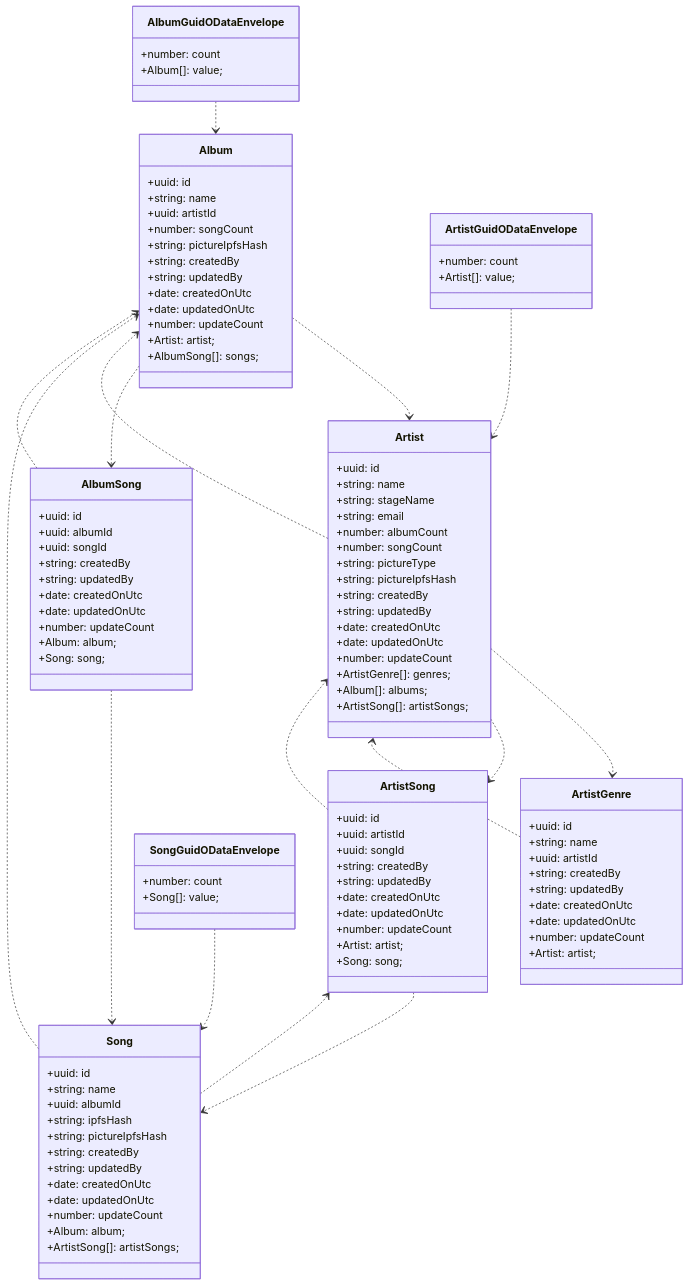
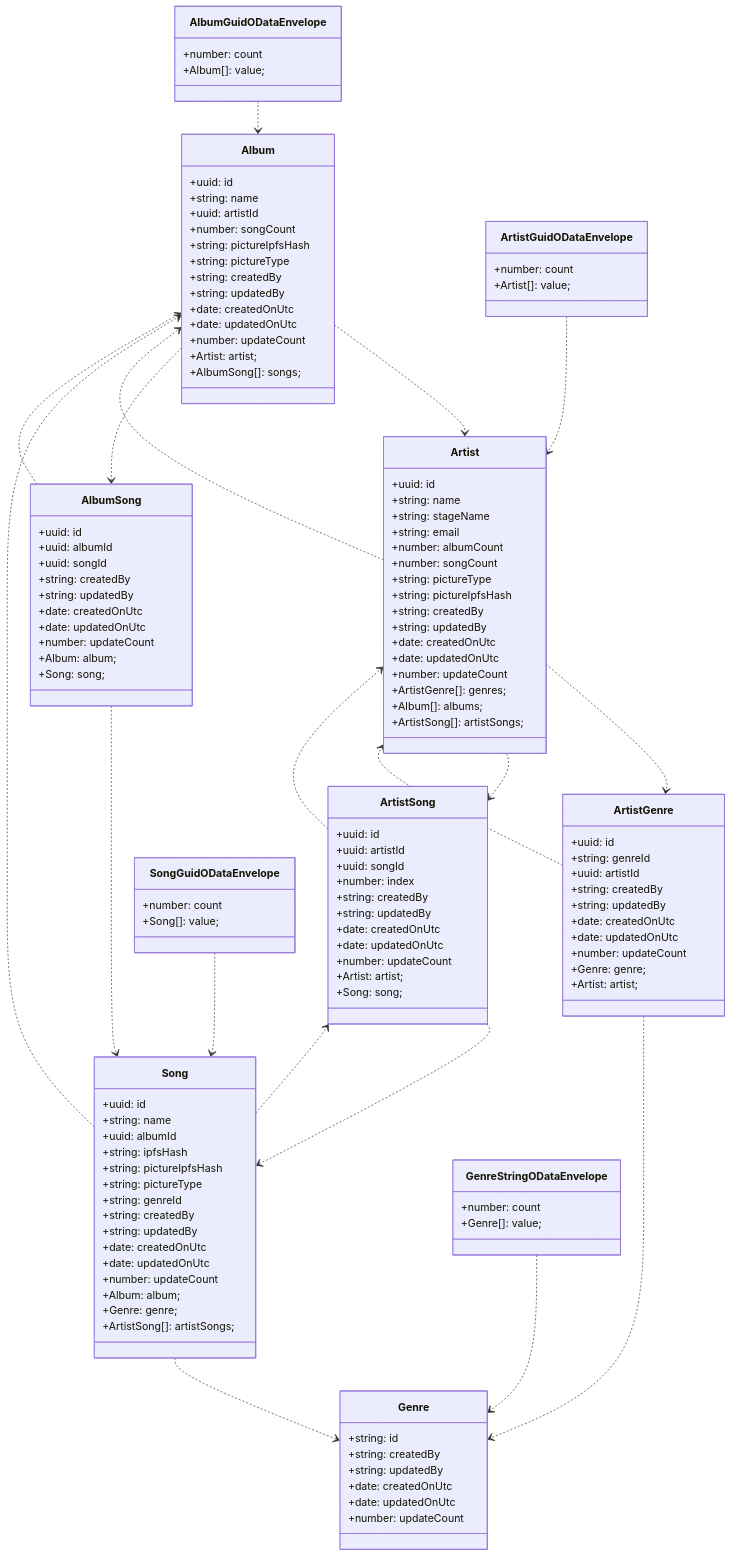
One commit to ikemtz/ITEC5905 changed the diagram in docs/artists-odata/class-diagram.md. Above: the diagram before and after it, drawn with Mermaid. The commit also changed 104 other files, not shown here.

```diff
--- a/docs/artists-odata/class-diagram.md
+++ b/docs/artists-odata/class-diagram.md
@@ -9,11 +9,14 @@
   Artist ..> ArtistGenre
   Artist ..> Album
   Artist ..> ArtistSong
+  ArtistGenre ..> Genre
   ArtistGenre ..> Artist
   ArtistGuidODataEnvelope ..> Artist
   ArtistSong ..> Artist
   ArtistSong ..> Song
+  GenreStringODataEnvelope ..> Genre
   Song ..> Album
+  Song ..> Genre
   Song ..> ArtistSong
   SongGuidODataEnvelope ..> Song
 
@@ -23,6 +26,7 @@
     +uuid: artistId
     +number: songCount
     +string: pictureIpfsHash
+    +string: pictureType
     +string: createdBy
     +string: updatedBy
     +date: createdOnUtc
@@ -67,13 +71,14 @@
   }
   class ArtistGenre{
     +uuid: id
-    +string: name
+    +string: genreId
     +uuid: artistId
     +string: createdBy
     +string: updatedBy
     +date: createdOnUtc
     +date: updatedOnUtc
     +number: updateCount
+    +Genre: genre;
     +Artist: artist;
   }
   class ArtistGuidODataEnvelope{
@@ -84,6 +89,7 @@
     +uuid: id
     +uuid: artistId
     +uuid: songId
+    +number: index
     +string: createdBy
     +string: updatedBy
     +date: createdOnUtc
@@ -92,18 +98,33 @@
     +Artist: artist;
     +Song: song;
   }
+  class Genre{
+    +string: id
+    +string: createdBy
+    +string: updatedBy
+    +date: createdOnUtc
+    +date: updatedOnUtc
+    +number: updateCount
+  }
+  class GenreStringODataEnvelope{
+    +number: count
+    +Genre[]: value;
+  }
   class Song{
     +uuid: id
     +string: name
     +uuid: albumId
     +string: ipfsHash
     +string: pictureIpfsHash
+    +string: pictureType
+    +string: genreId
     +string: createdBy
     +string: updatedBy
     +date: createdOnUtc
     +date: updatedOnUtc
     +number: updateCount
     +Album: album;
+    +Genre: genre;
     +ArtistSong[]: artistSongs;
   }
   class SongGuidODataEnvelope{
```
